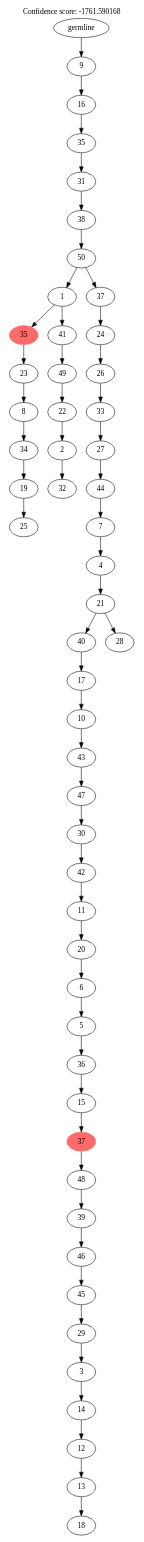
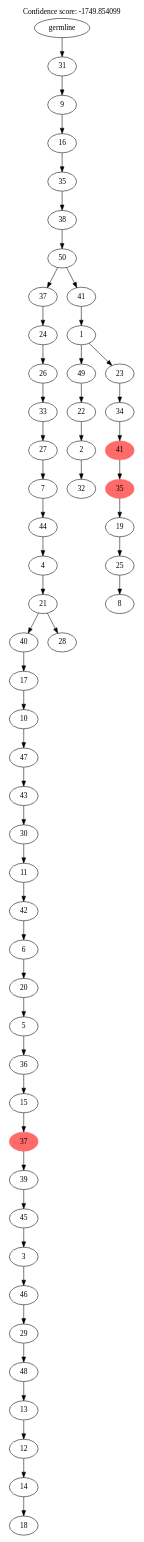
One commit to sciccolella/reSASC_supplements changed the diagram in data/exp2/sim_18_scs.sasc_rec.mlt.gv. Above: the diagram before and after it, drawn with Graphviz. The commit also changed 659 other files, not shown here.

```diff
--- a/data/exp2/sim_18_scs.sasc_rec.mlt.gv
+++ b/data/exp2/sim_18_scs.sasc_rec.mlt.gv
@@ -1,109 +1,111 @@
 digraph g {
+	"52" -> "53";
+	"53" [label="18"];
 	"51" -> "52";
-	"52" [label="25"];
+	"52" [label="14"];
 	"50" -> "51";
-	"51" [label="19"];
+	"51" [label="12"];
 	"49" -> "50";
-	"50" [label="34"];
+	"50" [label="13"];
 	"48" -> "49";
-	"49" [label="8"];
+	"49" [label="48"];
 	"47" -> "48";
-	"48" [label="23"];
+	"48" [label="29"];
+	"46" -> "47";
+	"47" [label="46"];
 	"45" -> "46";
-	"46" [label="32"];
+	"46" [label="3"];
 	"44" -> "45";
-	"45" [label="2"];
+	"45" [label="45"];
 	"43" -> "44";
-	"44" [label="22"];
+	"44" [label="39"];
 	"42" -> "43";
-	"43" [label="49"];
+	"43" [color=indianred1, style=filled, label="37"];
 	"41" -> "42";
-	"42" [label="41"];
-	"41" -> "47";
-	"47" [color=indianred1, style=filled, label="35"];
+	"42" [label="15"];
+	"40" -> "41";
+	"41" [label="36"];
 	"39" -> "40";
-	"40" [label="18"];
+	"40" [label="5"];
 	"38" -> "39";
-	"39" [label="13"];
+	"39" [label="20"];
 	"37" -> "38";
-	"38" [label="12"];
+	"38" [label="6"];
 	"36" -> "37";
-	"37" [label="14"];
+	"37" [label="42"];
 	"35" -> "36";
-	"36" [label="3"];
+	"36" [label="11"];
 	"34" -> "35";
-	"35" [label="29"];
+	"35" [label="30"];
 	"33" -> "34";
-	"34" [label="45"];
+	"34" [label="43"];
 	"32" -> "33";
-	"33" [label="46"];
+	"33" [label="47"];
 	"31" -> "32";
-	"32" [label="39"];
+	"32" [label="10"];
 	"30" -> "31";
-	"31" [label="48"];
-	"29" -> "30";
-	"30" [color=indianred1, style=filled, label="37"];
+	"31" [label="17"];
 	"28" -> "29";
-	"29" [label="15"];
+	"29" [label="28"];
+	"28" -> "30";
+	"30" [label="40"];
 	"27" -> "28";
-	"28" [label="36"];
+	"28" [label="21"];
 	"26" -> "27";
-	"27" [label="5"];
+	"27" [label="4"];
 	"25" -> "26";
-	"26" [label="6"];
+	"26" [label="44"];
 	"24" -> "25";
-	"25" [label="20"];
+	"25" [label="7"];
 	"23" -> "24";
-	"24" [label="11"];
+	"24" [label="27"];
 	"22" -> "23";
-	"23" [label="42"];
+	"23" [label="33"];
 	"21" -> "22";
-	"22" [label="30"];
+	"22" [label="26"];
 	"20" -> "21";
-	"21" [label="47"];
-	"19" -> "20";
-	"20" [label="43"];
+	"21" [label="24"];
 	"18" -> "19";
-	"19" [label="10"];
+	"19" [label="32"];
 	"17" -> "18";
-	"18" [label="17"];
-	"15" -> "16";
-	"16" [label="28"];
-	"15" -> "17";
-	"17" [label="40"];
+	"18" [label="2"];
+	"16" -> "17";
+	"17" [label="22"];
 	"14" -> "15";
-	"15" [label="21"];
+	"15" [label="8"];
 	"13" -> "14";
-	"14" [label="4"];
+	"14" [label="25"];
 	"12" -> "13";
-	"13" [label="7"];
+	"13" [label="19"];
 	"11" -> "12";
-	"12" [label="44"];
+	"12" [color=indianred1, style=filled, label="35"];
 	"10" -> "11";
-	"11" [label="27"];
+	"11" [color=indianred1, style=filled, label="41"];
 	"9" -> "10";
-	"10" [label="33"];
+	"10" [label="34"];
 	"8" -> "9";
-	"9" [label="26"];
+	"9" [label="23"];
+	"8" -> "16";
+	"16" [label="49"];
 	"7" -> "8";
-	"8" [label="24"];
+	"8" [label="1"];
 	"6" -> "7";
-	"7" [label="37"];
-	"6" -> "41";
-	"41" [label="1"];
+	"7" [label="41"];
+	"6" -> "20";
+	"20" [label="37"];
 	"5" -> "6";
 	"6" [label="50"];
 	"4" -> "5";
 	"5" [label="38"];
 	"3" -> "4";
-	"4" [label="31"];
+	"4" [label="35"];
 	"2" -> "3";
-	"3" [label="35"];
+	"3" [label="16"];
 	"1" -> "2";
-	"2" [label="16"];
+	"2" [label="9"];
 	"0" -> "1";
-	"1" [label="9"];
+	"1" [label="31"];
 	"0" [label="germline"];
 	labelloc="t";
-	label="Confidence score: -1761.590168";
+	label="Confidence score: -1749.854099";
 }
```
